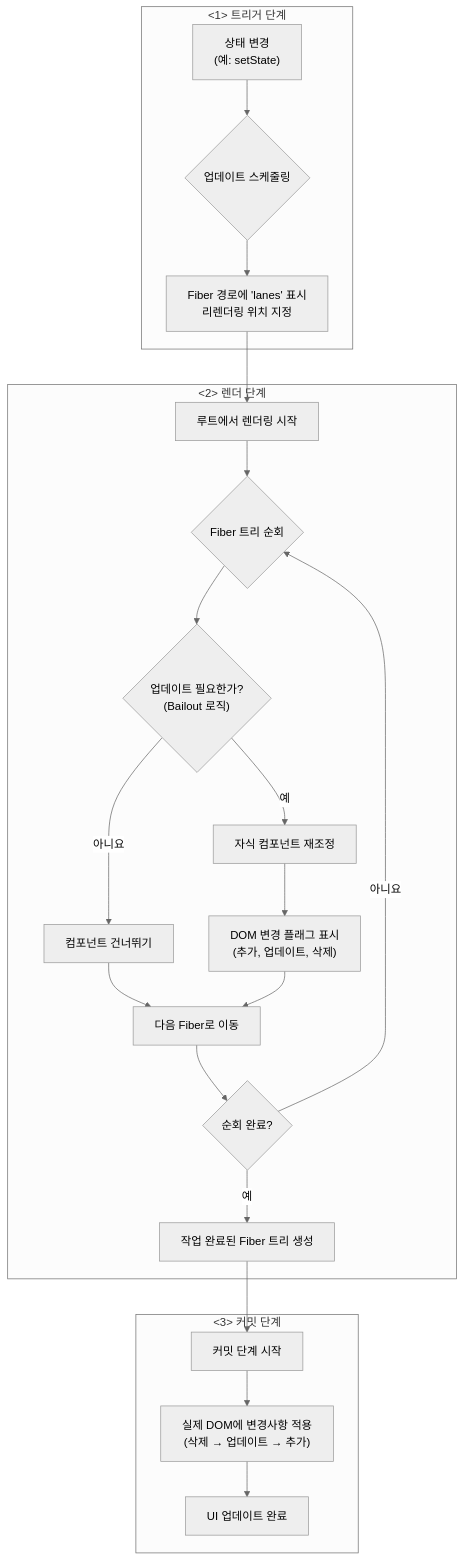
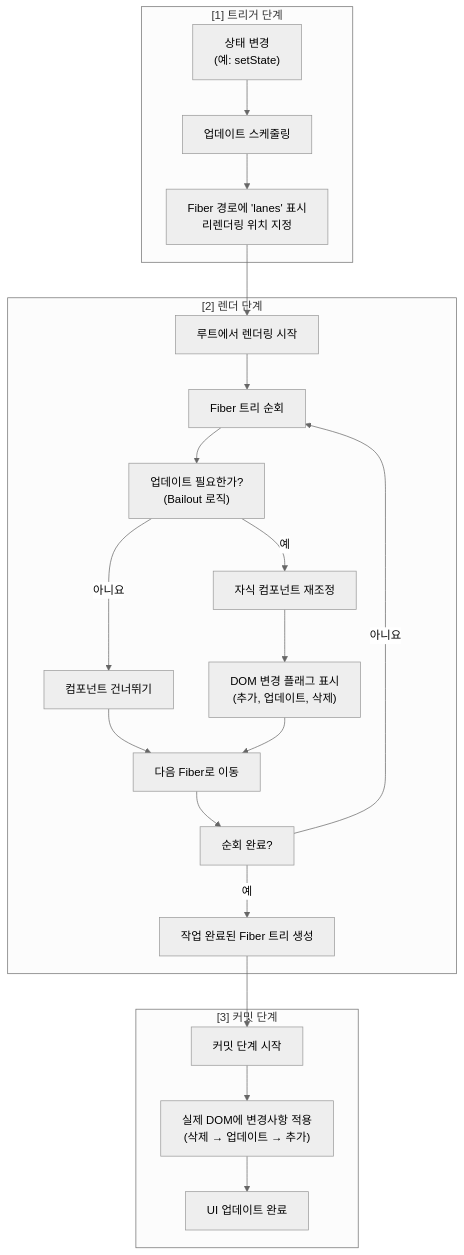
One commit to devtedlee/ted-projects-blog changed the first of 3 diagrams in cme2wuwc0000302jvcuqec5jq.md. Above: the diagram before and after it, drawn with Mermaid (neutral theme).

Commit message:
update post: React19 Internals 2: 렌더링

````diff
--- a/cme2wuwc0000302jvcuqec5jq.md
+++ b/cme2wuwc0000302jvcuqec5jq.md
@@ -77,46 +77,46 @@
 ```mermaid
 flowchart TD
-    subgraph "<1> 트리거 단계"
-        A["상태 변경<br/>(예: setState)"]
-        B{"업데이트 스케줄링"}
-        C["Fiber 경로에 'lanes' 표시<br/>리렌더링 위치 지정"]
+    subgraph "[1] 트리거 단계"
+        A["상태 변경<br />(예: setState)"]
+        B["업데이트 스케줄링"]
+        C["Fiber 경로에 'lanes' 표시<br />리렌더링 위치 지정"]
     end
 
-    subgraph "<2> 렌더 단계"
+    subgraph "[2] 렌더 단계"
         D["루트에서 렌더링 시작"]
-        E{"Fiber 트리 순회"}
-        F{"업데이트 필요한가?<br/>(Bailout 로직)"}
+        E["Fiber 트리 순회"]
+        F["업데이트 필요한가?<br />(Bailout 로직)"]
         G["컴포넌트 건너뛰기"]
         H["자식 컴포넌트 재조정"]
         I["DOM 변경 플래그 표시<br/>(추가, 업데이트, 삭제)"]
         J["다음 Fiber로 이동"]
-        K{"순회 완료?"}
+        K["순회 완료?"]
         L["작업 완료된 Fiber 트리 생성"]
     end
 
-    subgraph "<3> 커밋 단계"
+    subgraph "[3] 커밋 단계"
         M["커밋 단계 시작"]
         N["실제 DOM에 변경사항 적용<br/>(삭제 → 업데이트 → 추가)"]
         O["UI 업데이트 완료"]
     end
 
     %% 연결은 반드시 모든 subgraph end 이후에!
     A --> B
     B --> C
 
     C --> D
     D --> E
     E --> F
     F -- "아니요" --> G
     F -- "예" --> H
     H --> I
     G --> J
     I --> J
     J --> K
     K -- "아니요" --> E
     K -- "예" --> L
 
     L --> M
     M --> N
     N --> O
 ```
````
